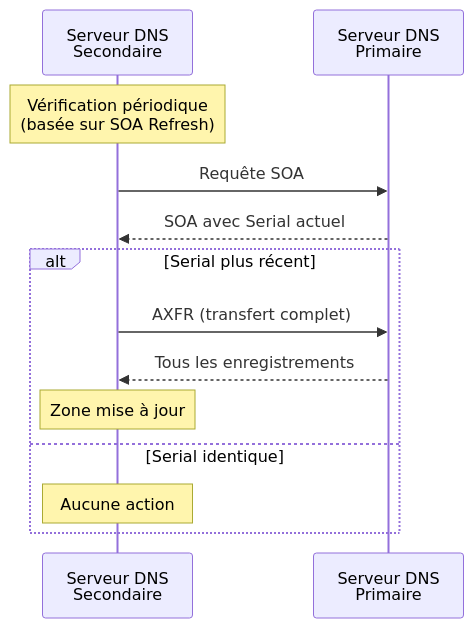
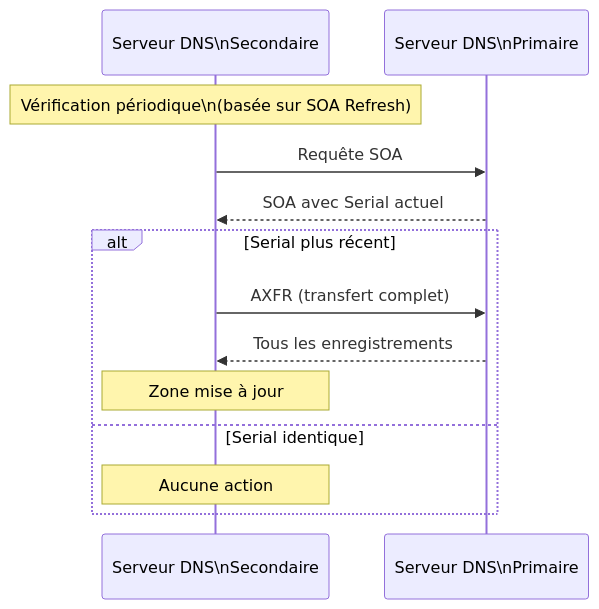
Before and after one commit to zyrass/omnydocs: the fourth of 6 diagrams in docs/bases/reseaux/dns-notions.md, drawn with Mermaid. The commit also changed other lines of this file and 723 other files, not shown here.

````diff
--- a/docs/bases/reseaux/dns-notions.md
+++ b/docs/bases/reseaux/dns-notions.md
@@ -551,18 +458,18 @@
 ```mermaid
 sequenceDiagram
-    participant Secondary as Serveur DNS<br/>Secondaire
-    participant Primary as Serveur DNS<br/>Primaire
-    
-    Note over Secondary: Vérification périodique<br/>(basée sur SOA Refresh)
-    
+    participant Secondary as Serveur DNS\nSecondaire
+    participant Primary as Serveur DNS\nPrimaire
+
+    Note over Secondary: Vérification périodique\n(basée sur SOA Refresh)
+
     Secondary->>Primary: Requête SOA
     Primary-->>Secondary: SOA avec Serial actuel
-    
+
     alt Serial plus récent
         Secondary->>Primary: AXFR (transfert complet)
         Primary-->>Secondary: Tous les enregistrements
         Note over Secondary: Zone mise à jour
     else Serial identique
         Note over Secondary: Aucune action
     end
 ```
````
